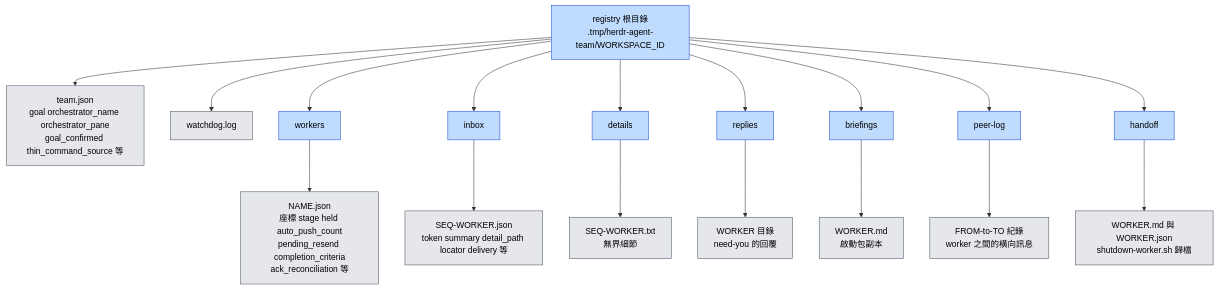
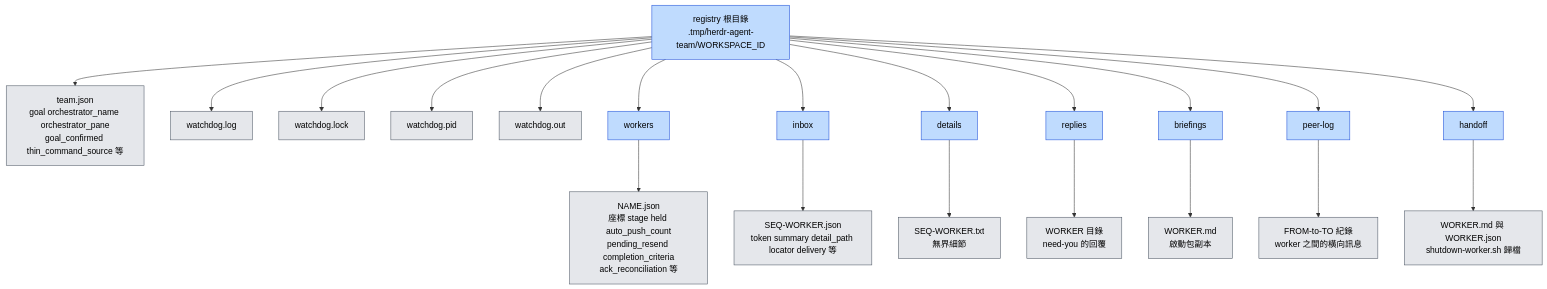
Diagram 18 of 18 in skills/herdr-agent-team/README.md (chenghung/my-claude-code-settings), drawn with Mermaid before and after one commit. The commit also changed other lines of this file and 13 other files, not shown here.

````diff
--- a/skills/herdr-agent-team/README.md
+++ b/skills/herdr-agent-team/README.md
@@ -849,25 +849,28 @@
 ```mermaid
 flowchart TB
     root["registry 根目錄<br/>.tmp/herdr-agent-team/WORKSPACE_ID"]
     root --> t["team.json<br/>goal orchestrator_name orchestrator_pane<br/>goal_confirmed thin_command_source 等"]
     root --> wl["watchdog.log"]
+    root --> wk["watchdog.lock"]
+    root --> wp["watchdog.pid"]
+    root --> wo["watchdog.out"]
     root --> w["workers"]
     root --> i["inbox"]
     root --> d["details"]
     root --> rp["replies"]
     root --> b["briefings"]
     root --> pl["peer-log"]
     root --> h["handoff"]
     w --> w1["NAME.json<br/>座標 stage held auto_push_count<br/>pending_resend completion_criteria<br/>ack_reconciliation 等"]
     i --> i1["SEQ-WORKER.json<br/>token summary detail_path locator delivery 等"]
     d --> d1["SEQ-WORKER.txt<br/>無界細節"]
     rp --> rp1["WORKER 目錄<br/>need-you 的回覆"]
     b --> b1["WORKER.md<br/>啟動包副本"]
     pl --> pl1["FROM-to-TO 紀錄<br/>worker 之間的橫向訊息"]
     h --> h1["WORKER.md 與 WORKER.json<br/>shutdown-worker.sh 歸檔"]
 
     classDef kDisk fill:#e5e7eb,stroke:#4b5563,color:#000
     classDef kDir fill:#bfdbfe,stroke:#1d4ed8,color:#000
     class root,w,i,d,rp,b,pl,h kDir
-    class t,wl,w1,i1,d1,rp1,b1,pl1,h1 kDisk
+    class t,wl,wk,wp,wo,w1,i1,d1,rp1,b1,pl1,h1 kDisk
 ```
````
